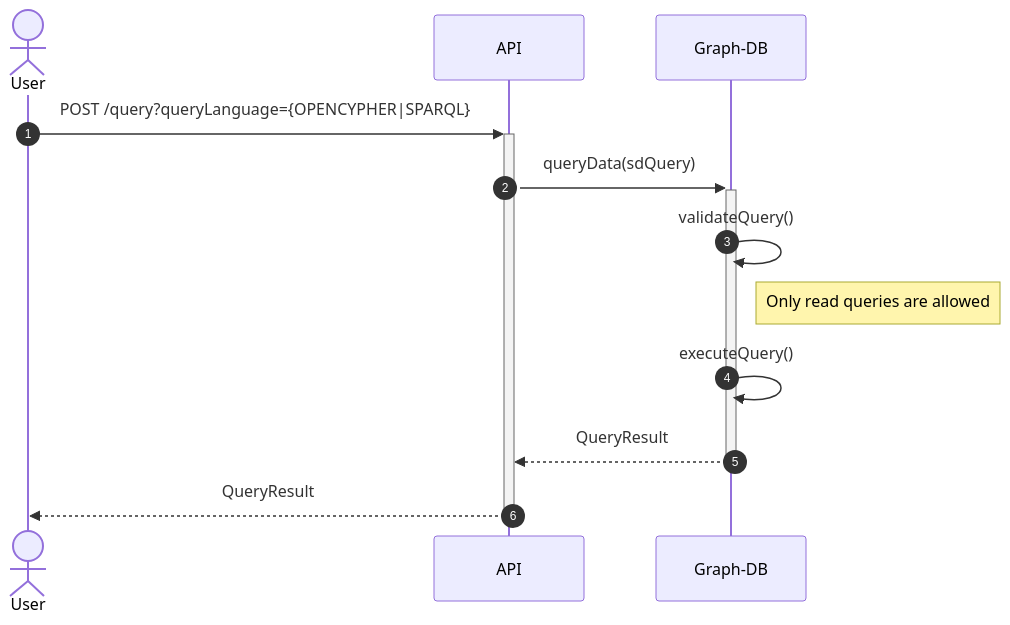
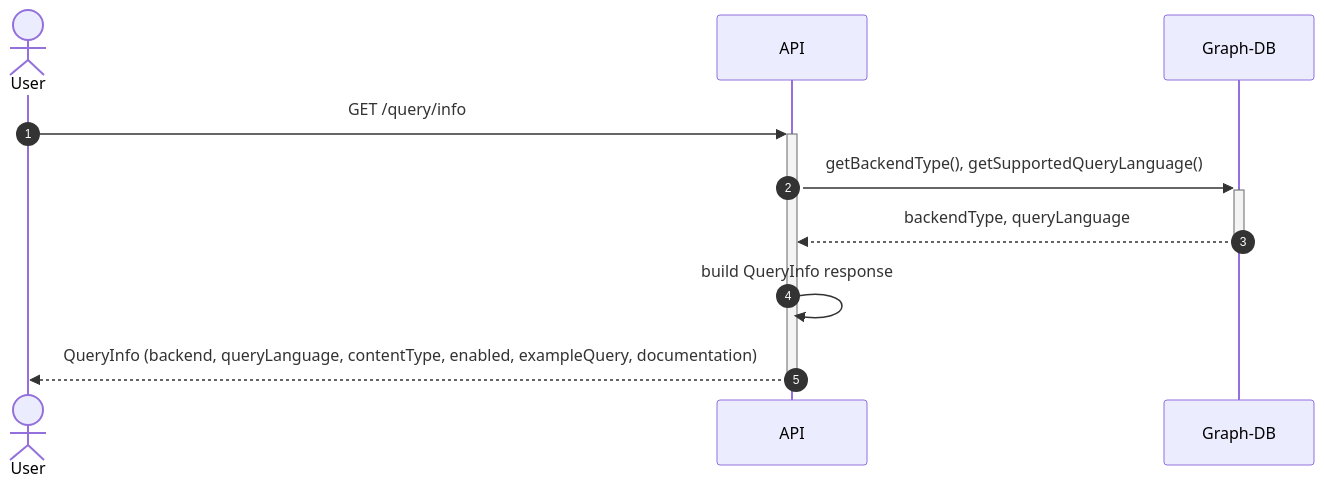
One commit to federated-catalogue-enhancements-2026/docs changed diagram 27 of 32 in federated-catalogue/src/docs/architecture/chapters/06_runtime_view.adoc. Above: the diagram before and after it, drawn with Mermaid. The commit also changed other lines of this file and 2 other files, not shown here.

First line of the commit message:
Enhancement CAT-FR-GD-06 - query validation

```diff
--- a/federated-catalogue/src/docs/architecture/chapters/06_runtime_view.adoc
+++ b/federated-catalogue/src/docs/architecture/chapters/06_runtime_view.adoc
@@ -778,15 +810,13 @@
 [mermaid, width=2000]
 ....
 sequenceDiagram
     autonumber
     actor User
     participant API
     participant Graph as Graph-DB
-    User ->> + API: POST /query?queryLanguage={OPENCYPHER|SPARQL}
-    API ->> + Graph: queryData(sdQuery)
-    Graph ->> Graph: validateQuery()
-    Note right of Graph: Only read queries are allowed
-    Graph ->> Graph: executeQuery()
-    Graph -->> -API: QueryResult
-    API -->> -User: QueryResult
+    User ->> + API: GET /query/info
+    API ->> + Graph: getBackendType(), getSupportedQueryLanguage()
+    Graph -->> - API: backendType, queryLanguage
+    API ->> API: build QueryInfo response
+    API -->> - User: QueryInfo (backend, queryLanguage, contentType, enabled, exampleQuery, documentation)
 ....
```
